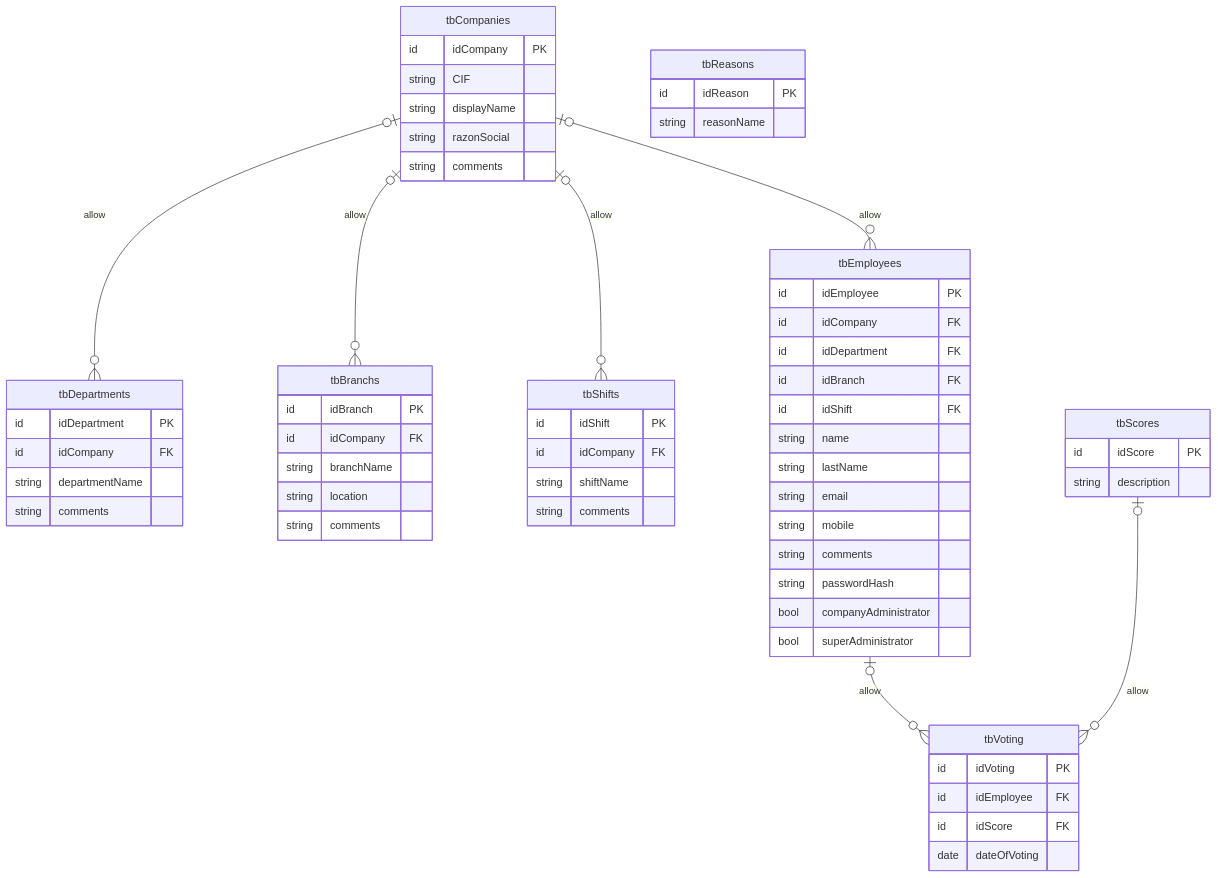
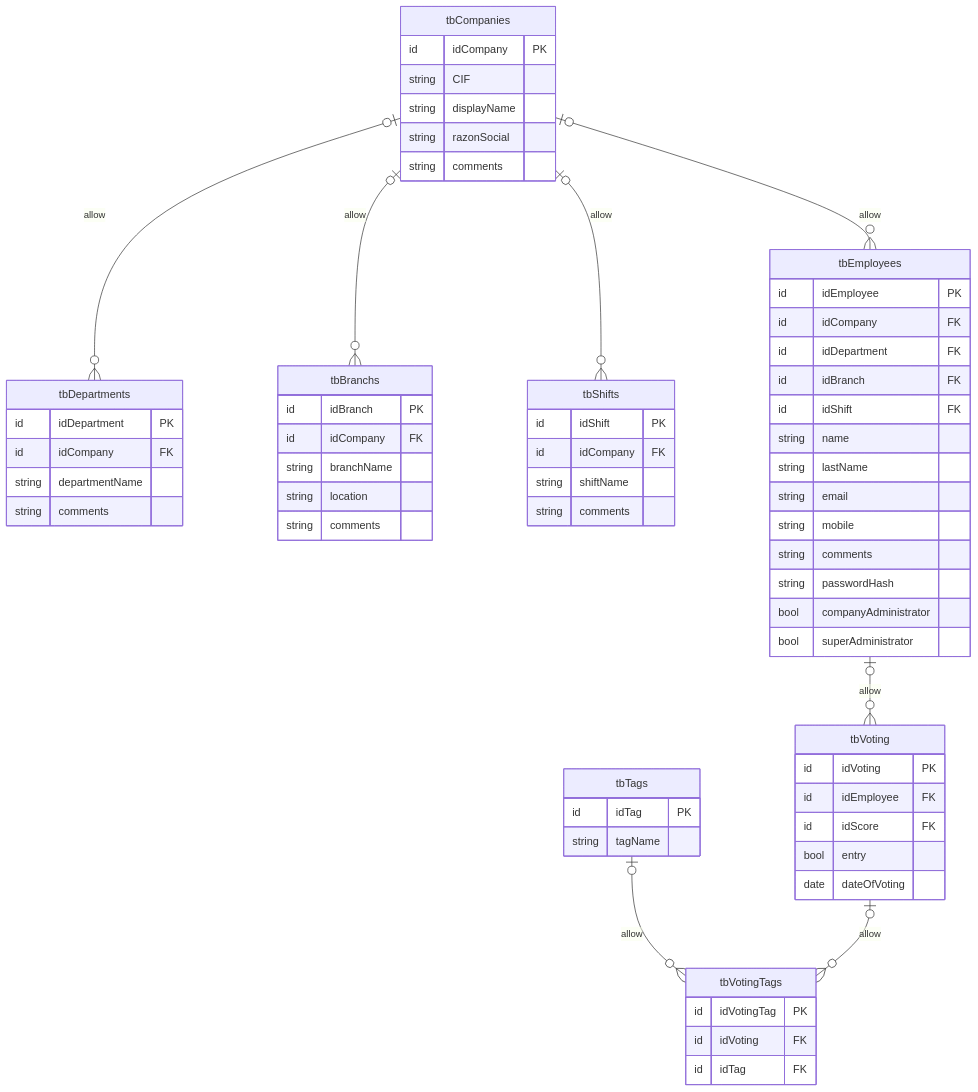
One commit to alexBasurto/tripulaciones_back changed the diagram in NOTAS.md. Above: the diagram before and after it, drawn with Mermaid. The commit also changed other lines of this file, not shown here.

Commit message:
NOTAS actualizado reunión

````diff
--- a/NOTAS.md
+++ b/NOTAS.md
@@ -37,74 +41,77 @@
 ```mermaid
 erDiagram
 
     tbCompanies {
         id idCompany PK
         string CIF
         string displayName
         string razonSocial
         string comments
     }
 
     tbCompanies |o--o{ tbDepartments : allow
     tbDepartments {
         id idDepartment PK
         id idCompany FK
         string departmentName
         string comments
     }
 
     tbCompanies |o--o{ tbBranchs : allow
     tbBranchs {
         id idBranch PK
         id idCompany FK
         string branchName
         string location
         string comments
     }
 
     tbCompanies |o--o{ tbShifts : allow
     tbShifts {
         id idShift PK
         id idCompany FK
         string shiftName
         string comments
 
     }
 
     tbCompanies |o--o{ tbEmployees : allow
     tbEmployees {
         id idEmployee PK
         id idCompany FK
         id idDepartment FK
         id idBranch FK
         id idShift FK
         string name
         string lastName
         string email
         string mobile
         string comments
         string passwordHash
         bool companyAdministrator
         bool superAdministrator
     }
 
     tbEmployees |o--o{ tbVoting : allow
     tbVoting {
         id idVoting PK
         id idEmployee FK
         id idScore FK
+        bool entry
         date dateOfVoting
     }
 
-    tbScores |o--o{ tbVoting : allow
-    tbScores {
-        id idScore PK
-        string description
+    tbTags {
+        id idTag PK
+        string tagName
     }
 
-    tbReasons {
-        id idReason PK
-        string reasonName
+    tbTags |o--o{ tbVotingTags : allow
+    tbVoting |o--o{ tbVotingTags : allow
+    tbVotingTags {
+        id idVotingTag PK
+        id idVoting FK
+        id idTag FK
     }
 
 ```
````
